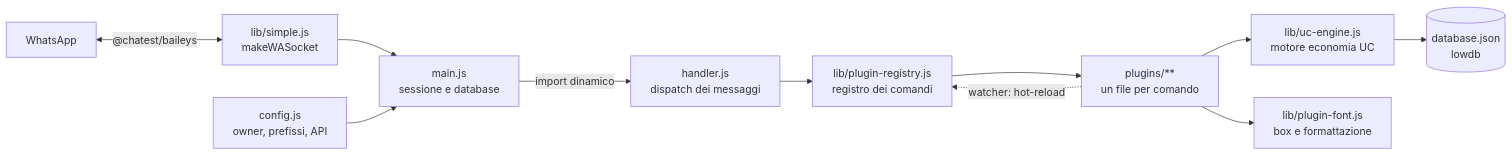
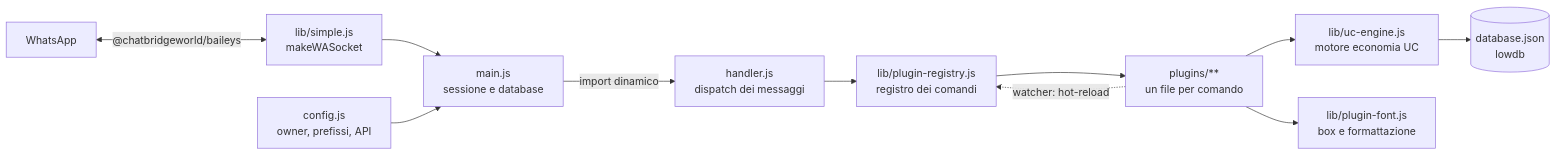
The diagram in readme.md (chatbridgegit/chatbridge-bot), drawn with Mermaid before and after one commit. The commit also changed other lines of this file and 8 other files, not shown here.

````diff
--- a/readme.md
+++ b/readme.md
@@ -298,13 +298,13 @@
 ```mermaid
 flowchart LR
-    WA["WhatsApp"] <-->|"@chatest/baileys"| SOCK["lib/simple.js<br/>makeWASocket"]
+    WA["WhatsApp"] <-->|"@chatbridgeworld/baileys"| SOCK["lib/simple.js<br/>makeWASocket"]
     SOCK --> MAIN["main.js<br/>sessione e database"]
     CFG["config.js<br/>owner, prefissi, API"] --> MAIN
     MAIN -->|"import dinamico"| H["handler.js<br/>dispatch dei messaggi"]
     H --> REG["lib/plugin-registry.js<br/>registro dei comandi"]
     REG --> PL["plugins/**<br/>un file per comando"]
     PL --> ENG["lib/uc-engine.js<br/>motore economia UC"]
     PL --> UI["lib/plugin-font.js<br/>box e formattazione"]
     ENG --> DB[("database.json<br/>lowdb")]
     PL -. "watcher: hot-reload" .-> REG
 ```
````
